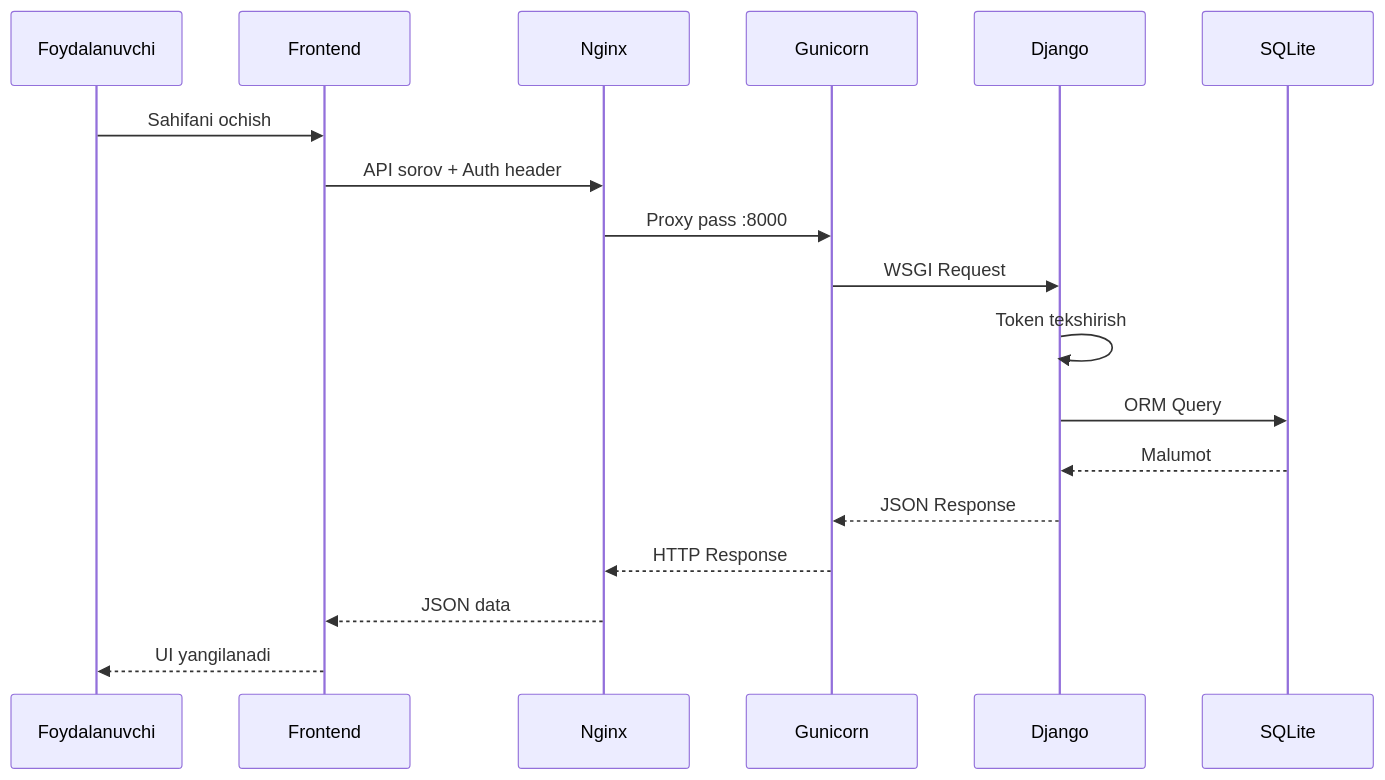
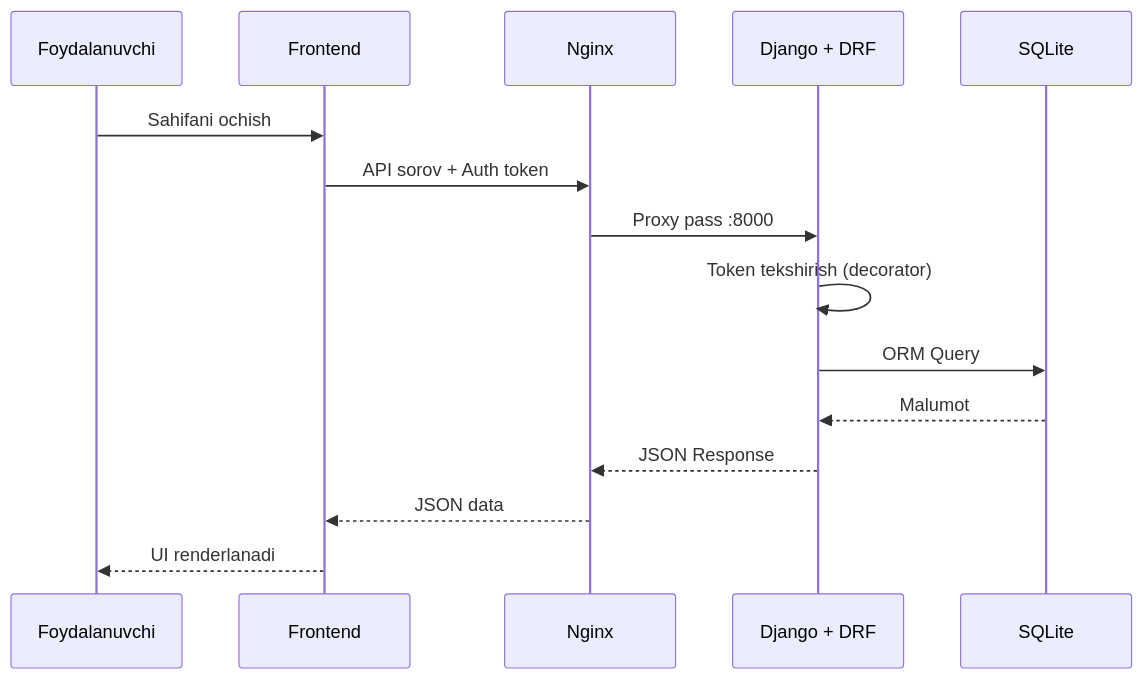
The third of 16 diagrams in README.md (khismoiloff/BrpAvtoTest), drawn with Mermaid before and after one commit. The commit also changed other lines of this file, not shown here.

````diff
--- a/README.md
+++ b/README.md
@@ -159,22 +208,19 @@
 ```mermaid
 %%{init: {'theme': 'default'}}%%
 sequenceDiagram
     participant U as Foydalanuvchi
     participant F as Frontend
     participant N as Nginx
-    participant G as Gunicorn
-    participant D as Django
+    participant D as Django + DRF
     participant DB as SQLite
 
     U->>F: Sahifani ochish
-    F->>N: API sorov + Auth header
-    N->>G: Proxy pass :8000
-    G->>D: WSGI Request
-    D->>D: Token tekshirish
+    F->>N: API sorov + Auth token
+    N->>D: Proxy pass :8000
+    D->>D: Token tekshirish (decorator)
     D->>DB: ORM Query
     DB-->>D: Malumot
-    D-->>G: JSON Response
-    G-->>N: HTTP Response
+    D-->>N: JSON Response
     N-->>F: JSON data
-    F-->>U: UI yangilanadi
+    F-->>U: UI renderlanadi
 ```
````
